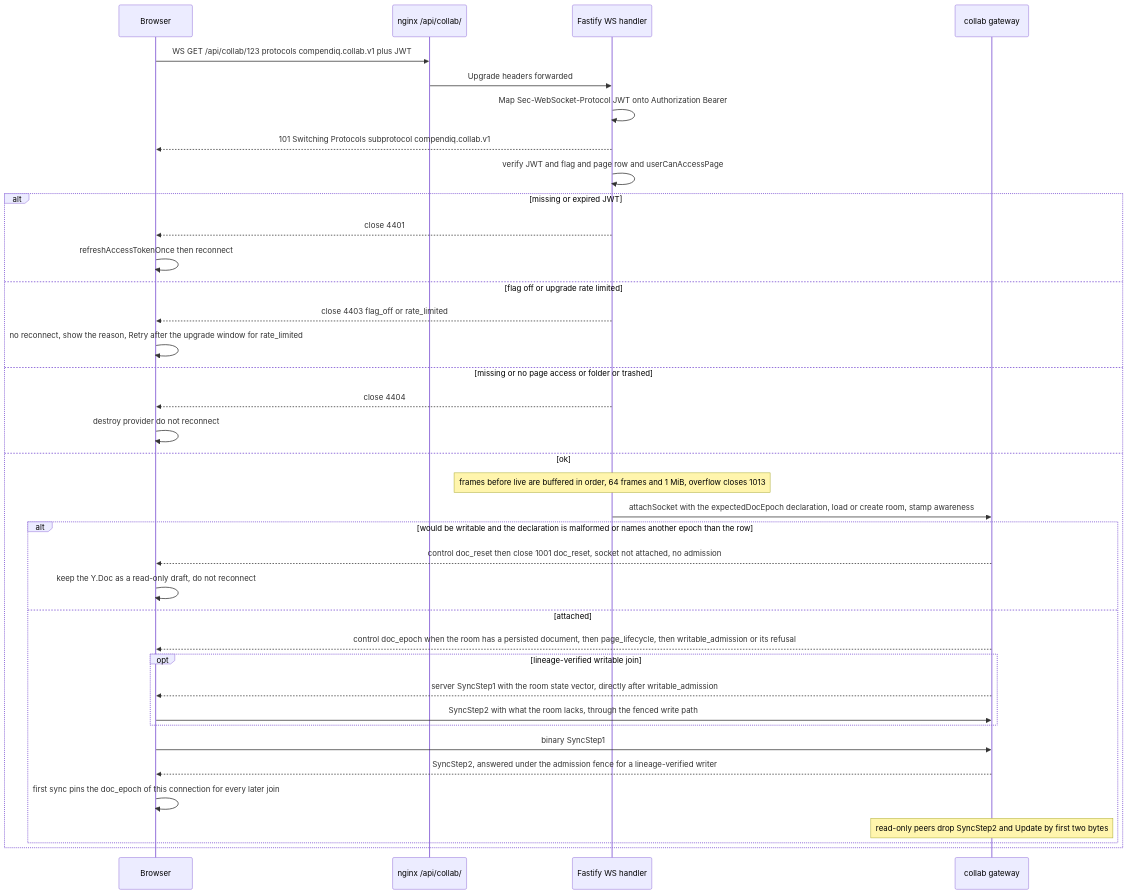
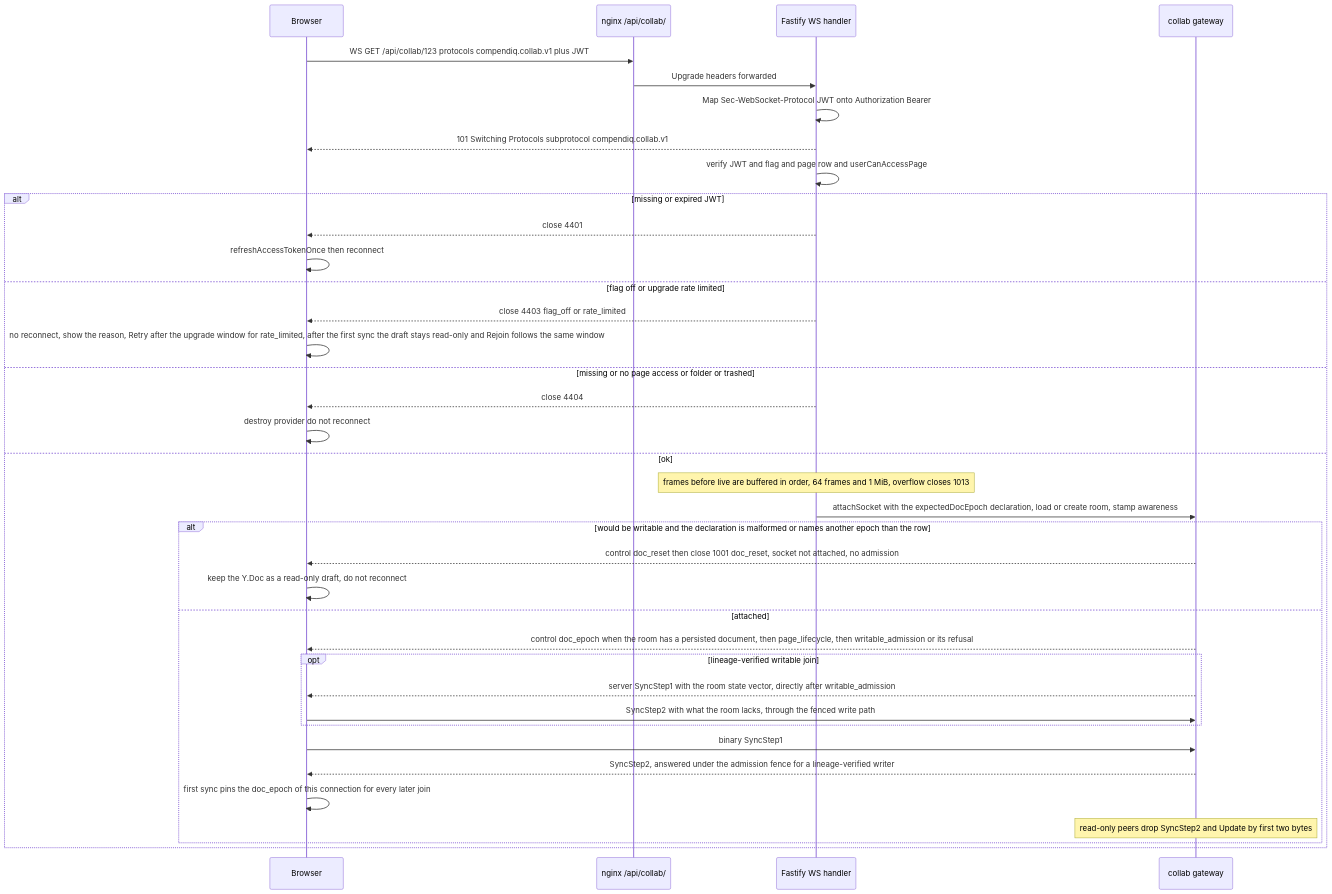
Before and after one commit to Compendiq/compendiq-ce: the second of 4 diagrams in docs/architecture/12-realtime-collaboration.md, drawn with Mermaid. The commit also changed other lines of this file and 3 other files, not shown here.

First line of the commit message:
docs: describe the rate_limited Rejoin of a read-only draft (#2036)

````diff
--- a/docs/architecture/12-realtime-collaboration.md
+++ b/docs/architecture/12-realtime-collaboration.md
@@ -90,40 +90,40 @@
 ```mermaid
 sequenceDiagram
     participant B as Browser
     participant N as nginx /api/collab/
     participant F as Fastify WS handler
     participant G as collab gateway
 
     B->>N: WS GET /api/collab/123 protocols compendiq.collab.v1 plus JWT
     N->>F: Upgrade headers forwarded
     F->>F: Map Sec-WebSocket-Protocol JWT onto Authorization Bearer
     F-->>B: 101 Switching Protocols subprotocol compendiq.collab.v1
     F->>F: verify JWT and flag and page row and userCanAccessPage
     alt missing or expired JWT
         F-->>B: close 4401
         B->>B: refreshAccessTokenOnce then reconnect
     else flag off or upgrade rate limited
         F-->>B: close 4403 flag_off or rate_limited
-        B->>B: no reconnect, show the reason, Retry after the upgrade window for rate_limited
+        B->>B: no reconnect, show the reason, Retry after the upgrade window for rate_limited, after the first sync the draft stays read-only and Rejoin follows the same window
     else missing or no page access or folder or trashed
         F-->>B: close 4404
         B->>B: destroy provider do not reconnect
     else ok
         Note over F: frames before live are buffered in order, 64 frames and 1 MiB, overflow closes 1013
         F->>G: attachSocket with the expectedDocEpoch declaration, load or create room, stamp awareness
         alt would be writable and the declaration is malformed or names another epoch than the row
             G-->>B: control doc_reset then close 1001 doc_reset, socket not attached, no admission
             B->>B: keep the Y.Doc as a read-only draft, do not reconnect
         else attached
             G-->>B: control doc_epoch when the room has a persisted document, then page_lifecycle, then writable_admission or its refusal
             opt lineage-verified writable join
                 G-->>B: server SyncStep1 with the room state vector, directly after writable_admission
                 B->>G: SyncStep2 with what the room lacks, through the fenced write path
             end
             B->>G: binary SyncStep1
             G-->>B: SyncStep2, answered under the admission fence for a lineage-verified writer
             B->>B: first sync pins the doc_epoch of this connection for every later join
             Note over G: read-only peers drop SyncStep2 and Update by first two bytes
         end
     end
 ```
````
